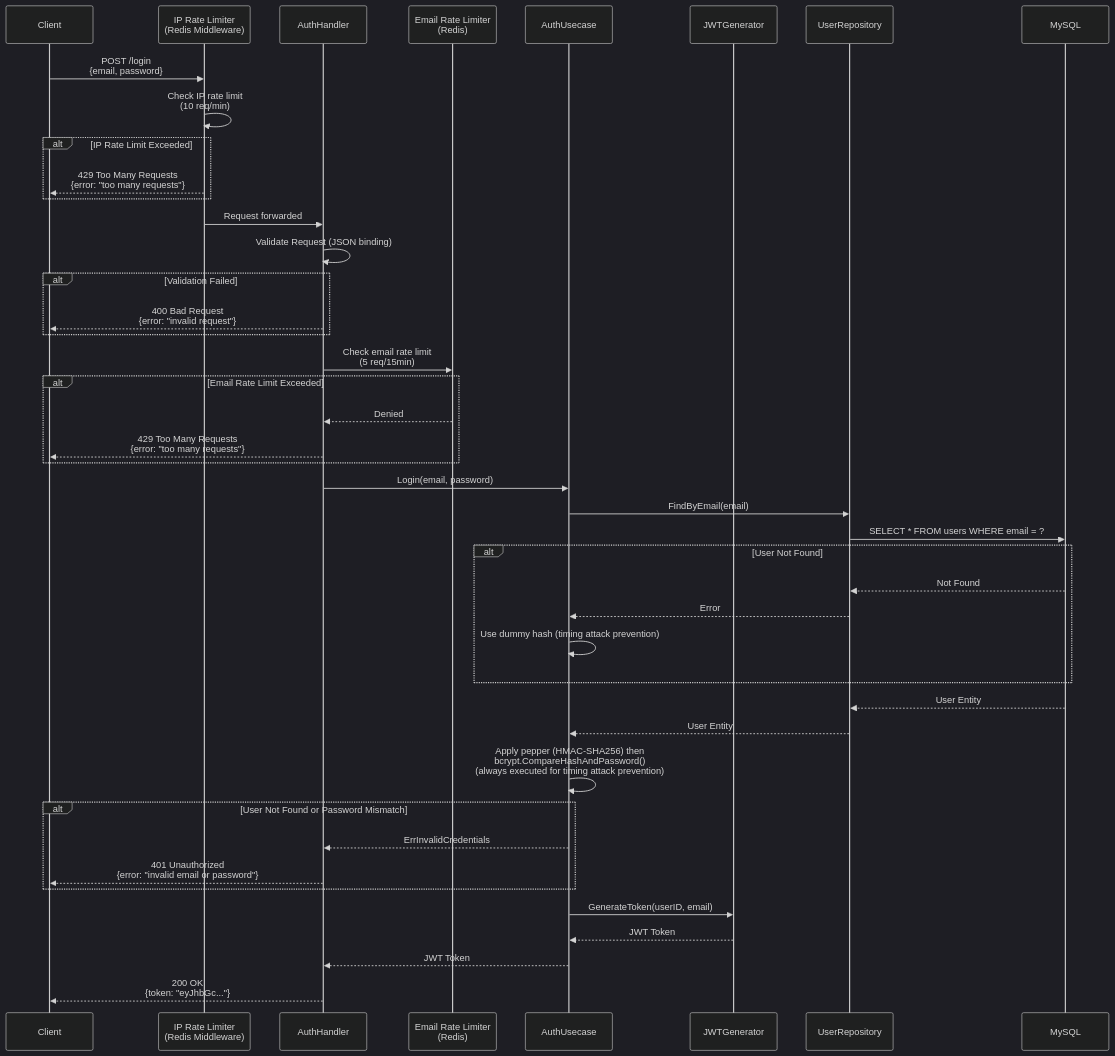
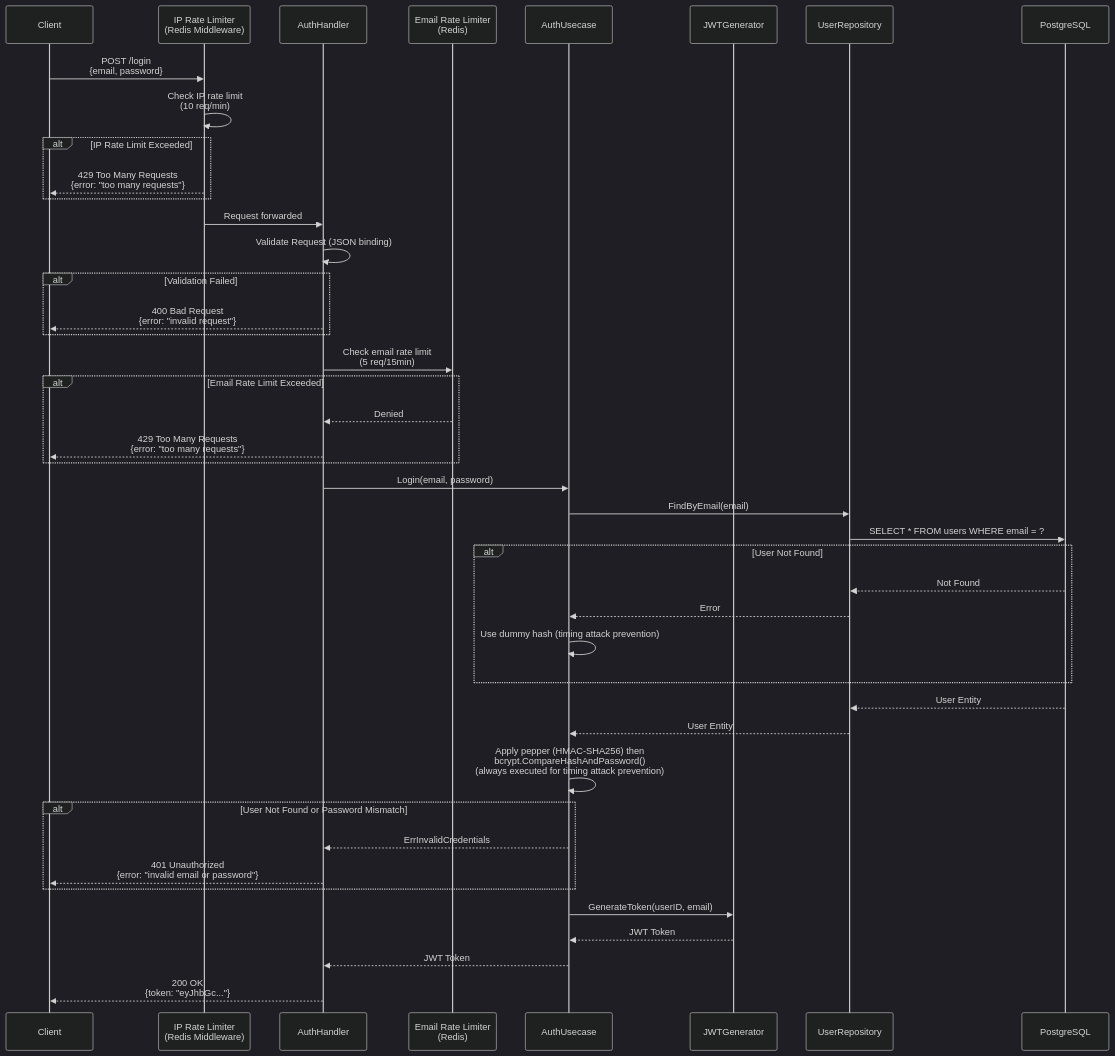
The second of 3 diagrams in internal/feature/auth/README.md (UCHIDAnobuhiro/stock_backend), drawn with Mermaid (dark theme) before and after one commit. The commit also changed other lines of this file and 19 other files, not shown here.

````diff
--- a/internal/feature/auth/README.md
+++ b/internal/feature/auth/README.md
@@ -63,56 +63,56 @@
 ```mermaid
 sequenceDiagram
     participant Client
     participant RateLimit as IP Rate Limiter<br/>(Redis Middleware)
     participant Handler as AuthHandler
     participant Limiter as Email Rate Limiter<br/>(Redis)
     participant Usecase as AuthUsecase
     participant JWTGenerator as JWTGenerator
     participant Repository as UserRepository
-    participant DB as MySQL
+    participant DB as PostgreSQL
 
     Client->>RateLimit: POST /login<br/>{email, password}
     RateLimit->>RateLimit: Check IP rate limit<br/>(10 req/min)
 
     alt IP Rate Limit Exceeded
         RateLimit-->>Client: 429 Too Many Requests<br/>{error: "too many requests"}
     end
 
     RateLimit->>Handler: Request forwarded
     Handler->>Handler: Validate Request (JSON binding)
 
     alt Validation Failed
         Handler-->>Client: 400 Bad Request<br/>{error: "invalid request"}
     end
 
     Handler->>Limiter: Check email rate limit<br/>(5 req/15min)
 
     alt Email Rate Limit Exceeded
         Limiter-->>Handler: Denied
         Handler-->>Client: 429 Too Many Requests<br/>{error: "too many requests"}
     end
 
     Handler->>Usecase: Login(email, password)
     Usecase->>Repository: FindByEmail(email)
     Repository->>DB: SELECT * FROM users WHERE email = ?
 
     alt User Not Found
         DB-->>Repository: Not Found
         Repository-->>Usecase: Error
         Usecase->>Usecase: Use dummy hash (timing attack prevention)
     end
 
     DB-->>Repository: User Entity
     Repository-->>Usecase: User Entity
     Usecase->>Usecase: Apply pepper (HMAC-SHA256) then<br/>bcrypt.CompareHashAndPassword()<br/>(always executed for timing attack prevention)
 
     alt User Not Found or Password Mismatch
         Usecase-->>Handler: ErrInvalidCredentials
         Handler-->>Client: 401 Unauthorized<br/>{error: "invalid email or password"}
     end
 
     Usecase->>JWTGenerator: GenerateToken(userID, email)
     JWTGenerator-->>Usecase: JWT Token
     Usecase-->>Handler: JWT Token
     Handler-->>Client: 200 OK<br/>{token: "eyJhbGc..."}
 ```
````
